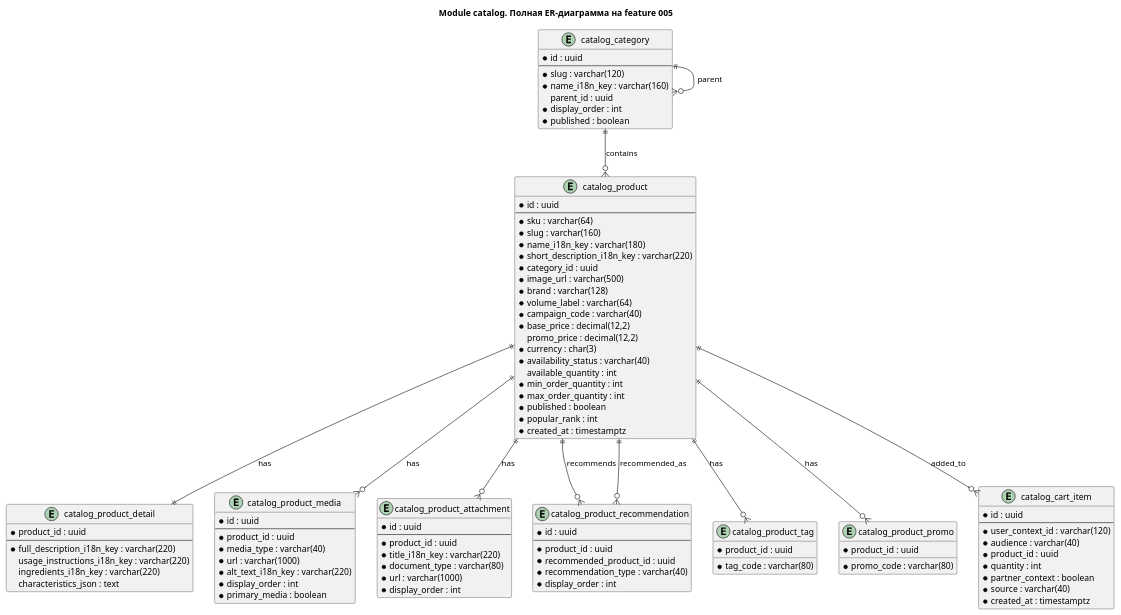
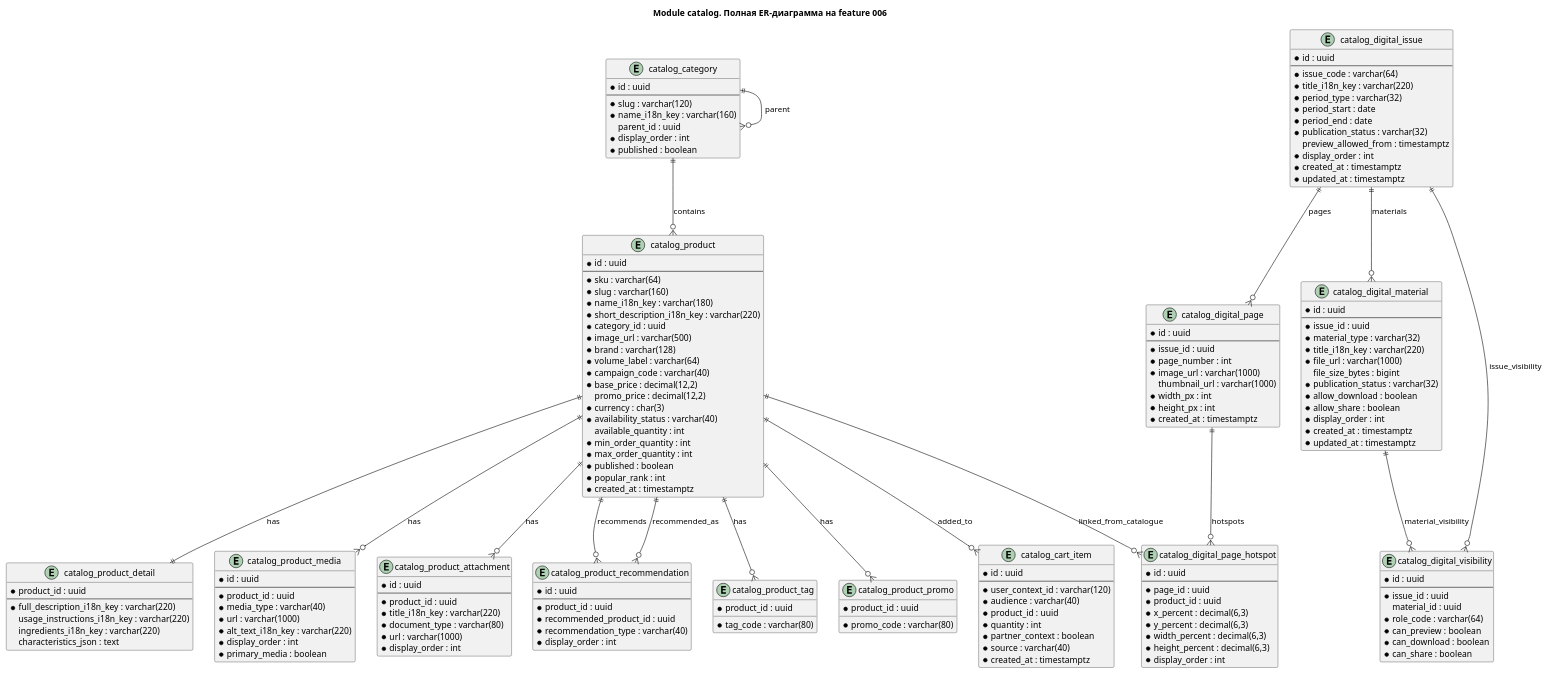
One commit to alextaralexander/ai_ori_test changed the diagram in agents/analytics/sa/modules/module_catalog/module_er_diagram.plantuml. Above: the diagram before and after it, drawn with PlantUML. The commit also changed 48 other files, not shown here.

```diff
--- a/agents/analytics/sa/modules/module_catalog/module_er_diagram.plantuml
+++ b/agents/analytics/sa/modules/module_catalog/module_er_diagram.plantuml
@@ -1,109 +1,181 @@
 @startuml
-title Module catalog. Полная ER-диаграмма на feature 005
+title Module catalog. Полная ER-диаграмма на feature 006
 
 entity "catalog_category" as category {
   * id : uuid
   --
   * slug : varchar(120)
   * name_i18n_key : varchar(160)
   parent_id : uuid
   * display_order : int
   * published : boolean
 }
 
 entity "catalog_product" as product {
   * id : uuid
   --
   * sku : varchar(64)
   * slug : varchar(160)
   * name_i18n_key : varchar(180)
   * short_description_i18n_key : varchar(220)
   * category_id : uuid
   * image_url : varchar(500)
   * brand : varchar(128)
   * volume_label : varchar(64)
   * campaign_code : varchar(40)
   * base_price : decimal(12,2)
   promo_price : decimal(12,2)
   * currency : char(3)
   * availability_status : varchar(40)
   available_quantity : int
   * min_order_quantity : int
   * max_order_quantity : int
   * published : boolean
   * popular_rank : int
   * created_at : timestamptz
 }
 
 entity "catalog_product_detail" as detail {
   * product_id : uuid
   --
   * full_description_i18n_key : varchar(220)
   usage_instructions_i18n_key : varchar(220)
   ingredients_i18n_key : varchar(220)
   characteristics_json : text
 }
 
 entity "catalog_product_media" as media {
   * id : uuid
   --
   * product_id : uuid
   * media_type : varchar(40)
   * url : varchar(1000)
   * alt_text_i18n_key : varchar(220)
   * display_order : int
   * primary_media : boolean
 }
 
 entity "catalog_product_attachment" as attachment {
   * id : uuid
   --
   * product_id : uuid
   * title_i18n_key : varchar(220)
   * document_type : varchar(80)
   * url : varchar(1000)
   * display_order : int
 }
 
 entity "catalog_product_recommendation" as recommendation {
   * id : uuid
   --
   * product_id : uuid
   * recommended_product_id : uuid
   * recommendation_type : varchar(40)
   * display_order : int
 }
 
 entity "catalog_product_tag" as tag {
   * product_id : uuid
   * tag_code : varchar(80)
 }
 
 entity "catalog_product_promo" as promo {
   * product_id : uuid
   * promo_code : varchar(80)
 }
 
 entity "catalog_cart_item" as cart_item {
   * id : uuid
   --
   * user_context_id : varchar(120)
   * audience : varchar(40)
   * product_id : uuid
   * quantity : int
   * partner_context : boolean
   * source : varchar(40)
   * created_at : timestamptz
 }
 
+entity "catalog_digital_issue" as digital_issue {
+  * id : uuid
+  --
+  * issue_code : varchar(64)
+  * title_i18n_key : varchar(220)
+  * period_type : varchar(32)
+  * period_start : date
+  * period_end : date
+  * publication_status : varchar(32)
+  preview_allowed_from : timestamptz
+  * display_order : int
+  * created_at : timestamptz
+  * updated_at : timestamptz
+}
+
+entity "catalog_digital_page" as digital_page {
+  * id : uuid
+  --
+  * issue_id : uuid
+  * page_number : int
+  * image_url : varchar(1000)
+  thumbnail_url : varchar(1000)
+  * width_px : int
+  * height_px : int
+  * created_at : timestamptz
+}
+
+entity "catalog_digital_material" as digital_material {
+  * id : uuid
+  --
+  * issue_id : uuid
+  * material_type : varchar(32)
+  * title_i18n_key : varchar(220)
+  * file_url : varchar(1000)
+  file_size_bytes : bigint
+  * publication_status : varchar(32)
+  * allow_download : boolean
+  * allow_share : boolean
+  * display_order : int
+  * created_at : timestamptz
+  * updated_at : timestamptz
+}
+
+entity "catalog_digital_page_hotspot" as digital_hotspot {
+  * id : uuid
+  --
+  * page_id : uuid
+  * product_id : uuid
+  * x_percent : decimal(6,3)
+  * y_percent : decimal(6,3)
+  * width_percent : decimal(6,3)
+  * height_percent : decimal(6,3)
+  * display_order : int
+}
+
+entity "catalog_digital_visibility" as digital_visibility {
+  * id : uuid
+  --
+  * issue_id : uuid
+  material_id : uuid
+  * role_code : varchar(64)
+  * can_preview : boolean
+  * can_download : boolean
+  * can_share : boolean
+}
+
 category ||--o{ category : parent
 category ||--o{ product : contains
 product ||--|| detail : has
 product ||--o{ media : has
 product ||--o{ attachment : has
 product ||--o{ recommendation : recommends
 product ||--o{ recommendation : recommended_as
 product ||--o{ tag : has
 product ||--o{ promo : has
 product ||--o{ cart_item : added_to
+digital_issue ||--o{ digital_page : pages
+digital_issue ||--o{ digital_material : materials
+digital_issue ||--o{ digital_visibility : issue_visibility
+digital_material ||--o{ digital_visibility : material_visibility
+digital_page ||--o{ digital_hotspot : hotspots
+product ||--o{ digital_hotspot : linked_from_catalogue
 @enduml
```
